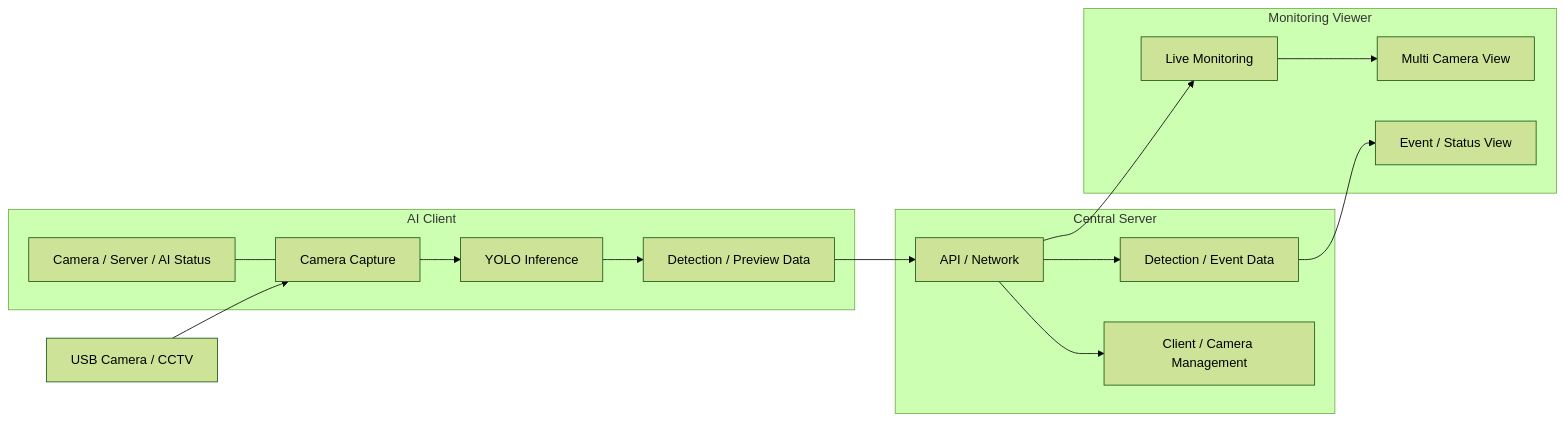
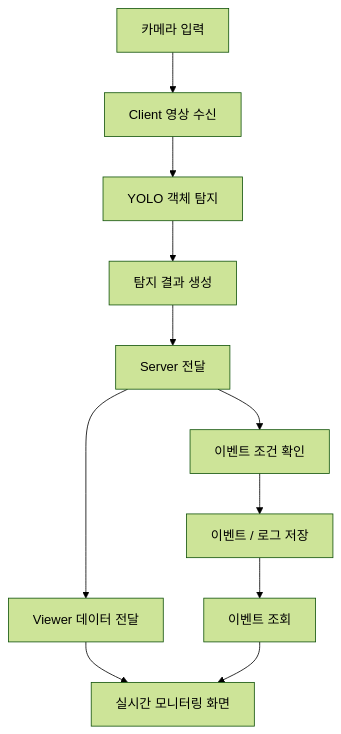
The diagram in README.md (rbgus4560/project01_Safety-AI-Monitoring-Service), drawn with Mermaid (forest theme) before and after one commit.

Commit message:
Update system architecture diagram in README v1

````diff
--- a/README.md
+++ b/README.md
@@ -98,36 +98,15 @@
 ```mermaid
-flowchart LR
-    CAM["USB Camera / CCTV"]
+flowchart TD
+    A["카메라 입력"] --> B["Client 영상 수신"]
+    B --> C["YOLO 객체 탐지"]
+    C --> D["탐지 결과 생성"]
 
-    subgraph Client["AI Client"]
-        CAP["Camera Capture"]
-        AI["YOLO Inference"]
-        STATUS["Camera / Server / AI Status"]
-        SEND["Detection / Preview Data"]
+    D --> E["Server 전달"]
+    E --> F["이벤트 조건 확인"]
+    F --> G["이벤트 / 로그 저장"]
 
-        CAP --> AI
-        AI --> SEND
-        STATUS --- CAP
-    end
-
-    subgraph Server["Central Server"]
-        API["API / Network"]
-        DATA["Detection / Event Data"]
-        MANAGE["Client / Camera Management"]
-
-        API --> DATA
-        API --> MANAGE
-    end
-
-    subgraph Viewer["Monitoring Viewer"]
-        MON["Live Monitoring"]
-        GRID["Multi Camera View"]
-        EVENT["Event / Status View"]
-    end
-
-    CAM --> CAP
-    SEND --> API
-    API --> MON
-    MON --> GRID
-    DATA --> EVENT
+    E --> H["Viewer 데이터 전달"]
+    G --> I["이벤트 조회"]
+    H --> J["실시간 모니터링 화면"]
+    I --> J
 ```
````
